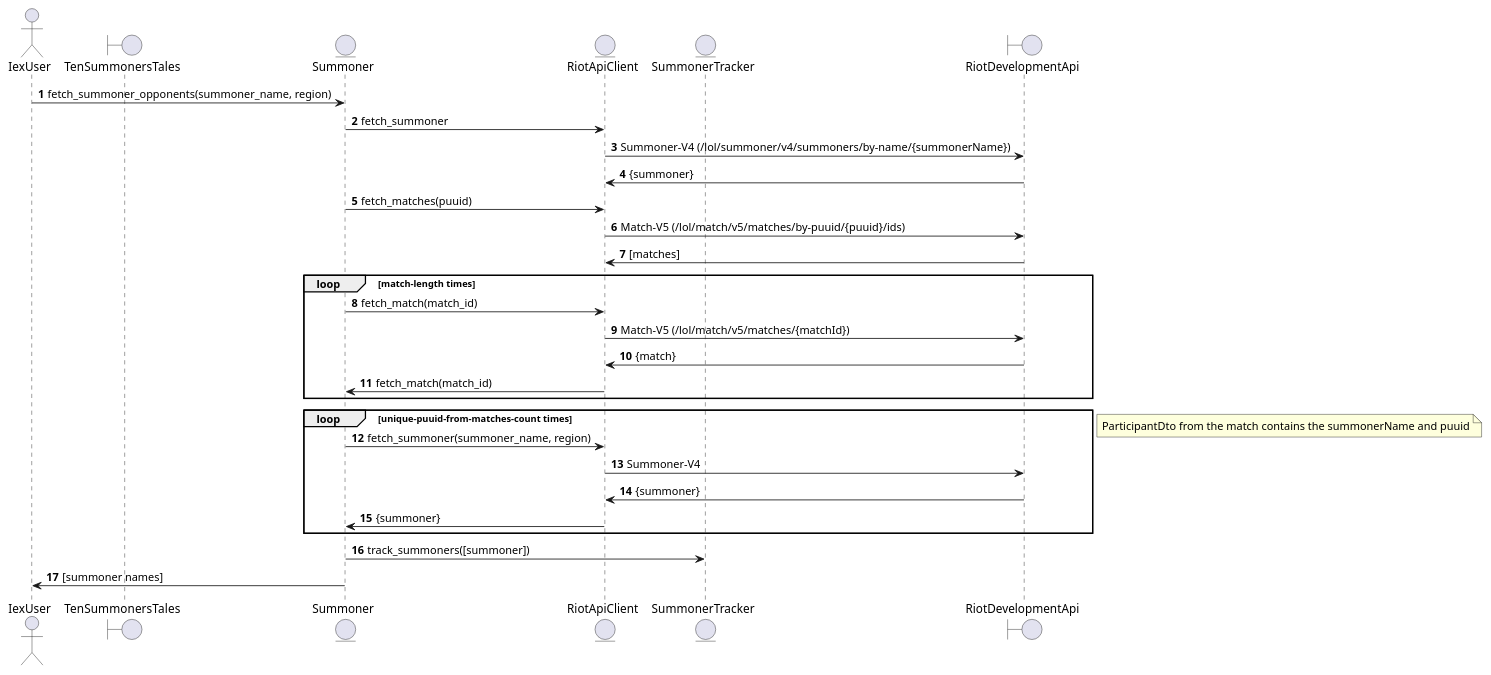
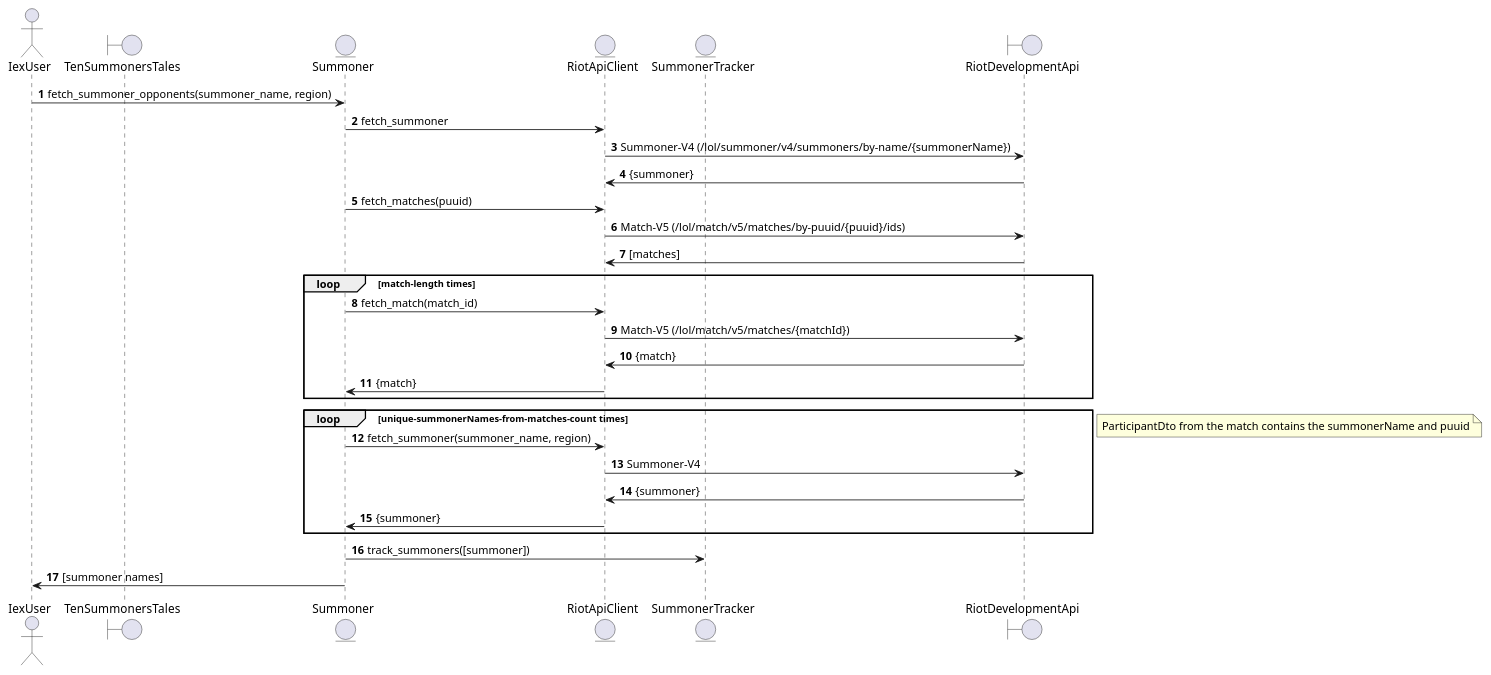
The diagram in docs/poller_sequence.puml (ciroque/ten_summoners_tales), drawn with PlantUML before and after one commit. The commit also changed 9 other files, not shown here.

```diff
--- a/docs/poller_sequence.puml
+++ b/docs/poller_sequence.puml
@@ -1,40 +1,40 @@
 @startuml
 'https://plantuml.com/sequence-diagram
 
 autonumber
 
 actor IexUser
 boundary TenSummonersTales
 entity Summoner
 entity RiotApiClient
 entity SummonerTracker
 boundary RiotDevelopmentApi
 
 IexUser -> Summoner : fetch_summoner_opponents(summoner_name, region)
 Summoner -> RiotApiClient : fetch_summoner
 RiotApiClient -> RiotDevelopmentApi : Summoner-V4 (/lol/summoner/v4/summoners/by-name/{summonerName})
 RiotApiClient <- RiotDevelopmentApi : {summoner}
 Summoner -> RiotApiClient : fetch_matches(puuid)
 RiotApiClient -> RiotDevelopmentApi : Match-V5 (/lol/match/v5/matches/by-puuid/{puuid}/ids)
 RiotApiClient <- RiotDevelopmentApi : [matches]
 
 loop match-length times
   Summoner -> RiotApiClient : fetch_match(match_id)
   RiotApiClient -> RiotDevelopmentApi : Match-V5 (/lol/match/v5/matches/{matchId})
   RiotApiClient <- RiotDevelopmentApi : {match}
-  Summoner <- RiotApiClient : fetch_match(match_id)
+  Summoner <- RiotApiClient : {match}
 end
 
-loop unique-puuid-from-matches-count times
+loop unique-summonerNames-from-matches-count times
   Summoner -> RiotApiClient : fetch_summoner(summoner_name, region)
   RiotApiClient -> RiotDevelopmentApi : Summoner-V4
   RiotApiClient <- RiotDevelopmentApi : {summoner}
   Summoner <- RiotApiClient : {summoner}
 end
 note left : ParticipantDto from the match contains the summonerName and puuid
 
 Summoner -> SummonerTracker : track_summoners([summoner])
 
 IexUser <- Summoner : [summoner names]
 
 @enduml
```
